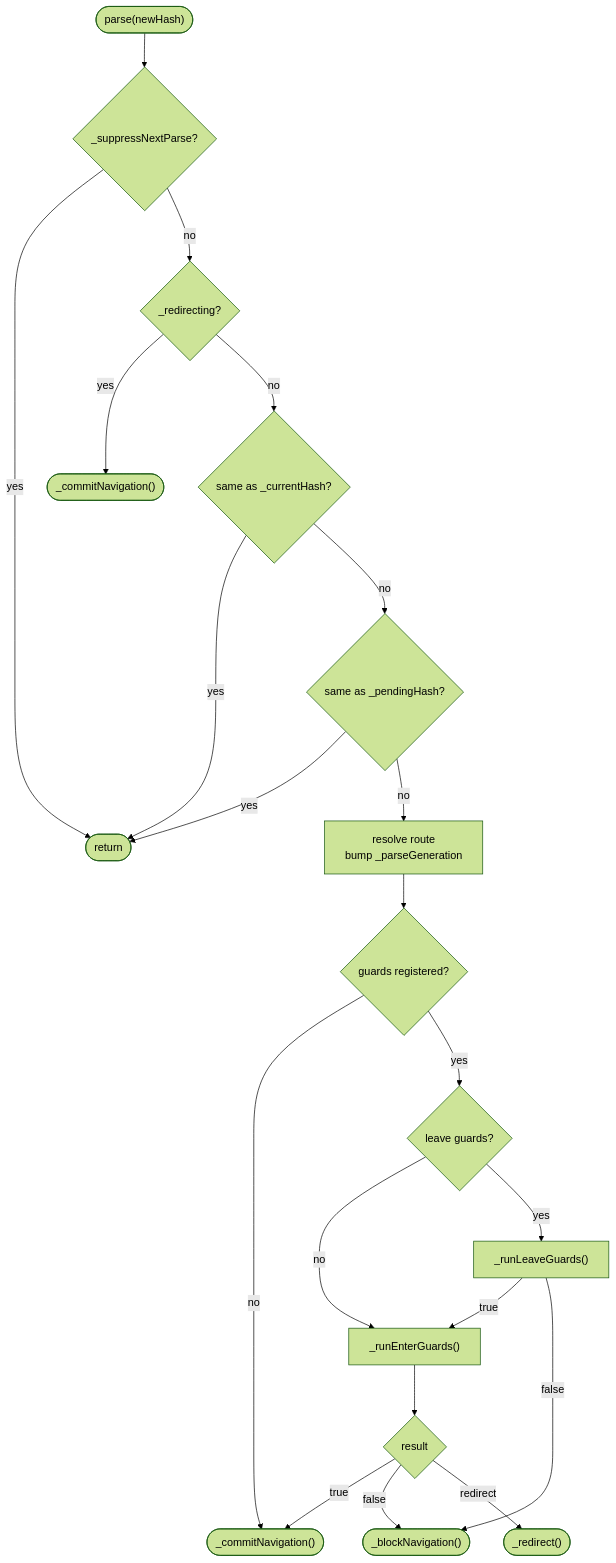
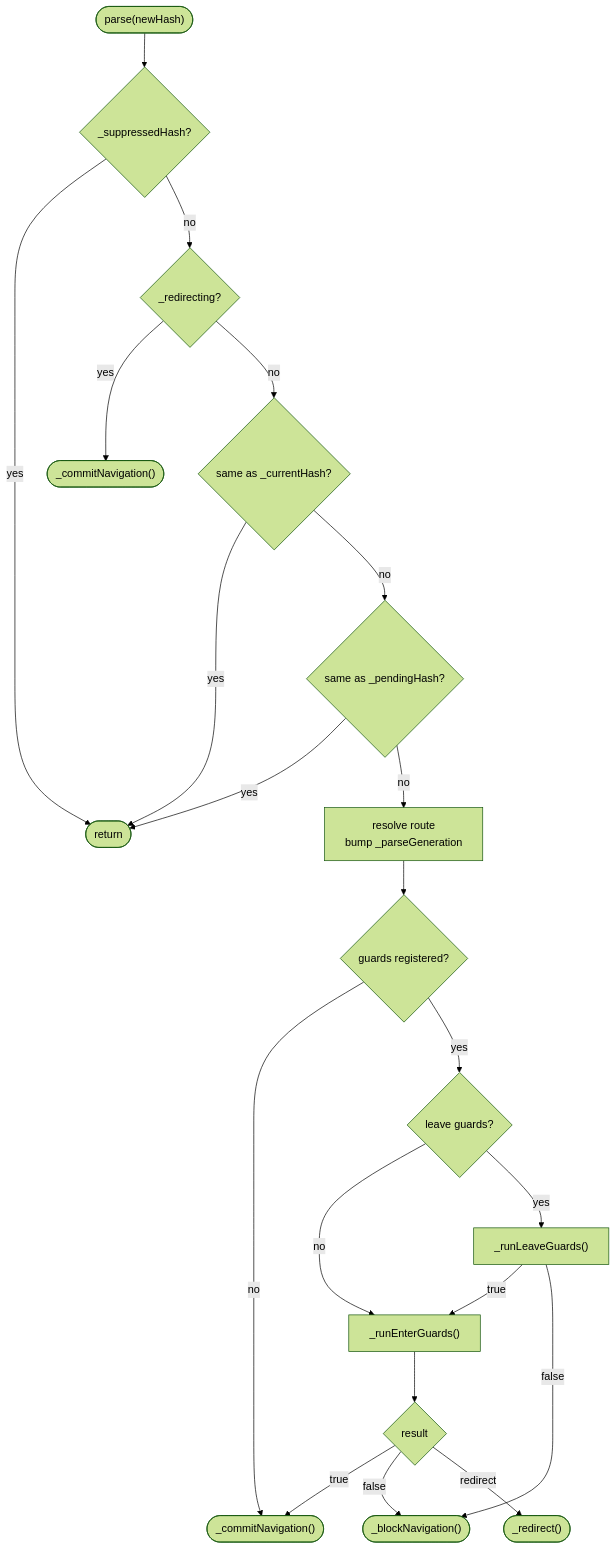
Before and after one commit to wridgeu/ui5-lib-guard-router: the first of 3 diagrams in docs/architecture.md, drawn with Mermaid (forest theme). The commit also changed other lines of this file and 4 other files, not shown here.

````diff
--- a/docs/architecture.md
+++ b/docs/architecture.md
@@ -128,27 +128,27 @@
 ```mermaid
 flowchart TD
-    start(["parse(newHash)"]) --> suppress{_suppressNextParse?}
+    start(["parse(newHash)"]) --> suppress{_suppressedHash?}
     suppress -- "yes" --> ret(["return"])
     suppress -- "no" --> redir{_redirecting?}
     redir -- "yes" --> bypass(["_commitNavigation()"])
     redir -- "no" --> samehash{same as _currentHash?}
     samehash -- "yes" --> ret
     samehash -- "no" --> pending{same as _pendingHash?}
     pending -- "yes" --> ret
     pending -- "no" --> setup["resolve route<br/>bump _parseGeneration"]
 
     setup --> guards{guards registered?}
     guards -- "no" --> commit(["_commitNavigation()"])
     guards -- "yes" --> leave
 
     leave{leave guards?}
     leave -- "no" --> enter
     leave -- "yes" --> runleave["_runLeaveGuards()"]
     runleave -- "true" --> enter["_runEnterGuards()"]
     runleave -- "false" --> block
 
     enter --> result{result}
     result -- "true" --> commit
     result -- "false" --> block(["_blockNavigation()"])
     result -- "redirect" --> redirect(["_redirect()"])
 ```
````
